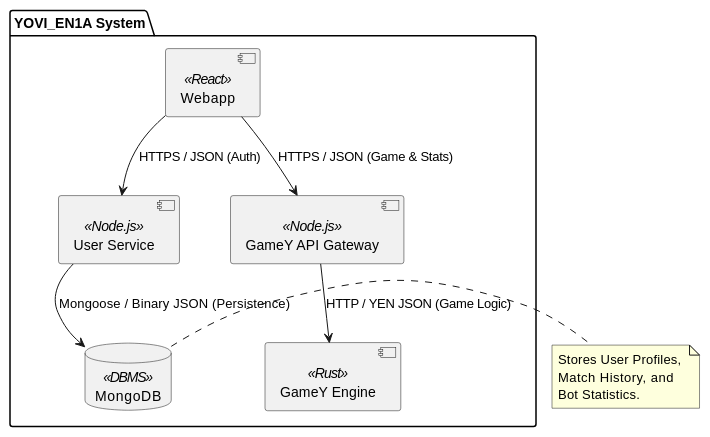
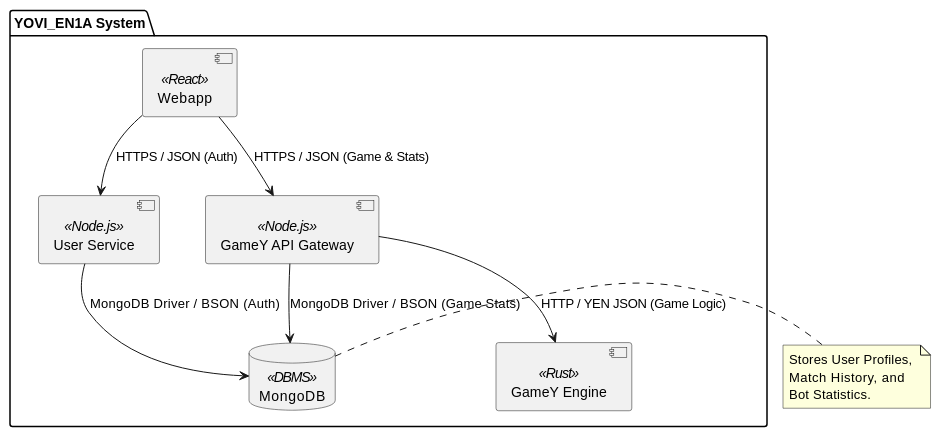
One commit to Arquisoft/yovi_en1a changed the first of 5 diagrams in docs/src/05_building_block_view.adoc. Above: the diagram before and after it, drawn with PlantUML. The commit also changed other lines of this file, not shown here.

```diff
--- a/docs/src/05_building_block_view.adoc
+++ b/docs/src/05_building_block_view.adoc
@@ -13,26 +13,27 @@
 [plantuml, level1-whitebox, png]
 ----
 @startuml
 skinparam componentStyle uml2
 
  package "YOVI_EN1A System" {
     component [Webapp] as webapp <<React>>
     component [User Service] as usersvc <<Node.js>>
     component [GameY API Gateway] as gameyapi <<Node.js>>
     component [GameY Engine] as gamey <<Rust>>
     database "MongoDB" as db <<DBMS>>
-}
+ }
 
-' Connections
-webapp --> usersvc : "HTTPS / JSON (Auth)"
-webapp --> gameyapi : "HTTPS / JSON (Game & Stats)"
-gameyapi --> gamey : "HTTP / YEN JSON (Game Logic)"
-usersvc --> db : "Mongoose / Binary JSON (Persistence)"
+ ' Connections
+ webapp --> usersvc : "HTTPS / JSON (Auth)"
+ webapp --> gameyapi : "HTTPS / JSON (Game & Stats)"
+ gameyapi --> gamey : "HTTP / YEN JSON (Game Logic)"
+ usersvc --> db : "MongoDB Driver / BSON (Auth)"
+ gameyapi --> db : "MongoDB Driver / BSON (Game Stats)"
 
-note right of db
-  Stores User Profiles, 
-  Match History, and 
-  Bot Statistics.
-end note
+ note right of db
+   Stores User Profiles, 
+   Match History, and 
+   Bot Statistics.
+ end note
 @enduml
 ----
```
